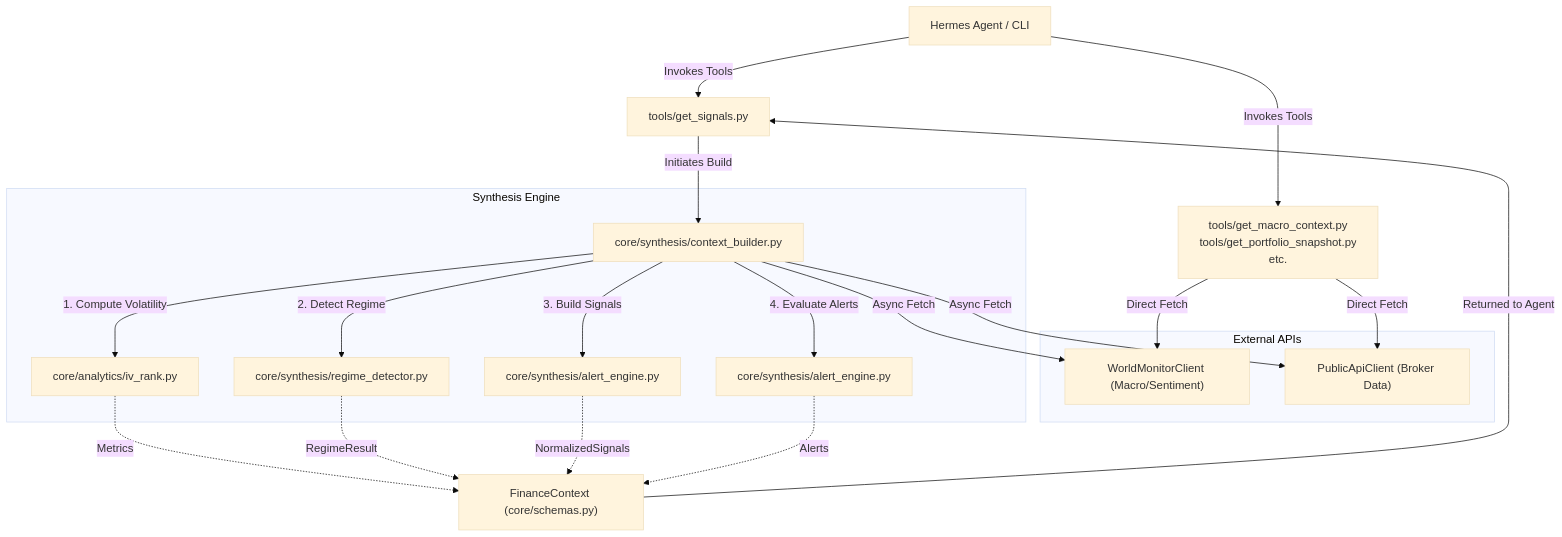
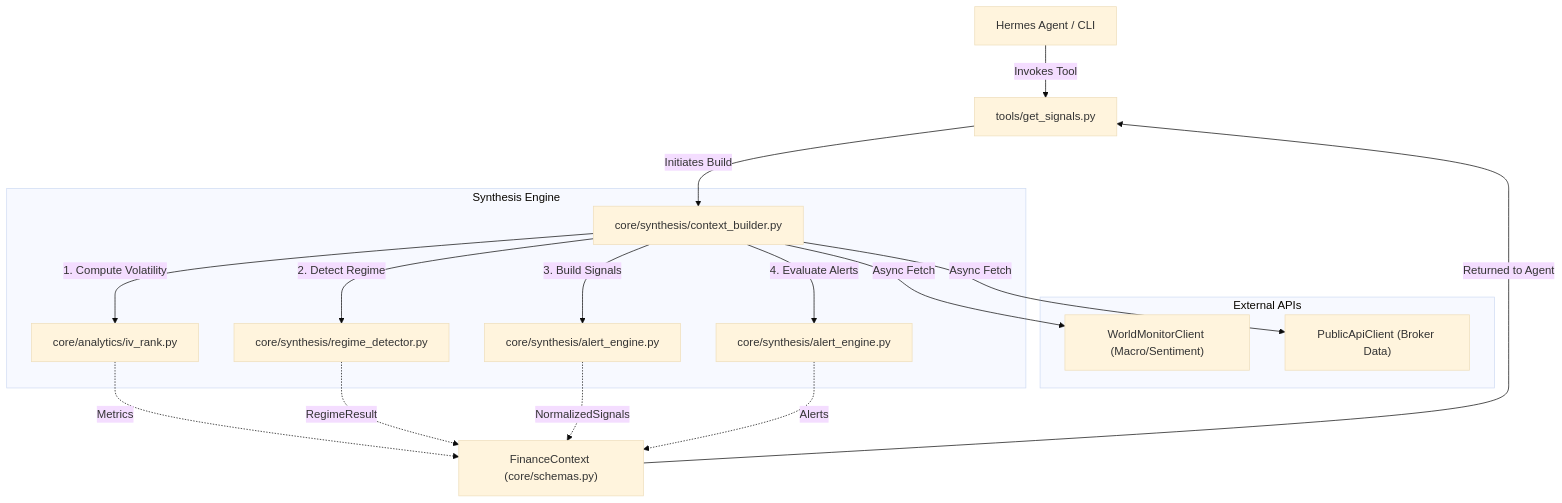
The first of 2 diagrams in README.md (Of-Arte/Agent-Oculus), drawn with Mermaid (base theme) before and after one commit.

Commit message:
docs: add UML diagrams to README and simplify architecture flow

````diff
--- a/README.md
+++ b/README.md
@@ -62,37 +62,33 @@
 ```mermaid
 flowchart TD
     %% Triggers
-    Agent["Hermes Agent / CLI"] -->|"Invokes Tools"| ToolSignals["tools/get_signals.py"]
-    Agent -->|"Invokes Tools"| ToolMacro["tools/get_macro_context.py\ntools/get_portfolio_snapshot.py\netc."]
+    Agent["Hermes Agent / CLI"] -->|"Invokes Tool"| ToolSignals["tools/get_signals.py"]
 
     %% Context Builder
     ToolSignals -->|"Initiates Build"| ContextBuilder["core/synthesis/context_builder.py"]
 
     %% API Clients
     subgraph External APIs
         WMClient["WorldMonitorClient (Macro/Sentiment)"]
         BrokerClient["PublicApiClient (Broker Data)"]
     end
-
-    ToolMacro -->|"Direct Fetch"| WMClient
-    ToolMacro -->|"Direct Fetch"| BrokerClient
 
     ContextBuilder -->|"Async Fetch"| WMClient
     ContextBuilder -->|"Async Fetch"| BrokerClient
 
     %% Synthesis Phase
     subgraph Synthesis Engine
         ContextBuilder -->|"1. Compute Volatility"| IVEngine["core/analytics/iv_rank.py"]
         ContextBuilder -->|"2. Detect Regime"| RegimeDetector["core/synthesis/regime_detector.py"]
         ContextBuilder -->|"3. Build Signals"| SignalNormalizer["core/synthesis/alert_engine.py"]
         ContextBuilder -->|"4. Evaluate Alerts"| AlertEngine["core/synthesis/alert_engine.py"]
     end
 
     %% Output
     IVEngine -.->|"Metrics"| FinanceContext["FinanceContext (core/schemas.py)"]
     RegimeDetector -.->|"RegimeResult"| FinanceContext
     SignalNormalizer -.->|"NormalizedSignals"| FinanceContext
     AlertEngine -.->|"Alerts"| FinanceContext
 
     FinanceContext -->|"Returned to Agent"| ToolSignals
 ```
````
